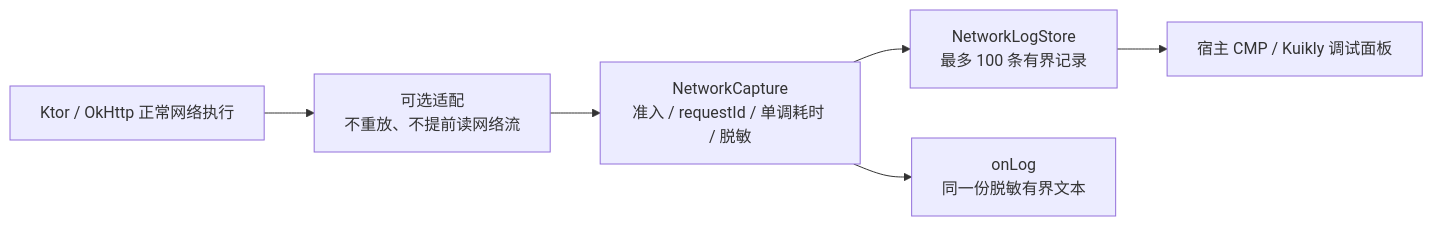
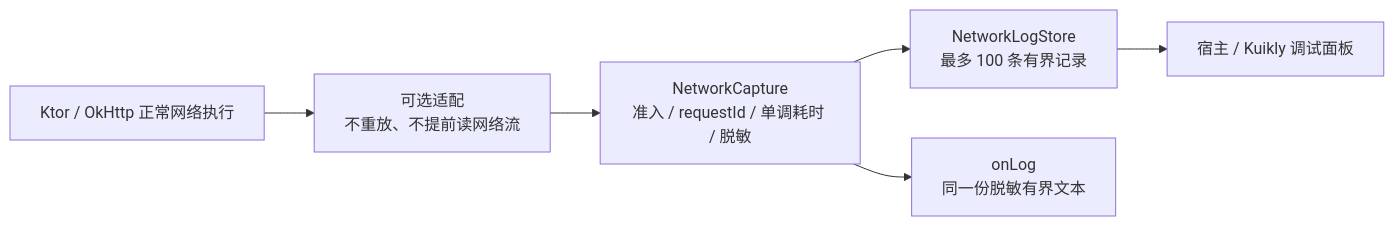
Before and after one commit to gycrosskit/diagnostics: the diagram in docs/网络诊断.md, drawn with Mermaid. The commit also changed other lines of this file and 3 other files, not shown here.

````diff
--- a/docs/网络诊断.md
+++ b/docs/网络诊断.md
@@ -10,8 +10,8 @@
 ```mermaid
 flowchart LR
     Client["Ktor / OkHttp 正常网络执行"] --> Adapter["可选适配<br/>不重放、不提前读网络流"]
     Adapter --> Capture["NetworkCapture<br/>准入 / requestId / 单调耗时 / 脱敏"]
     Capture --> Store["NetworkLogStore<br/>最多 100 条有界记录"]
     Capture --> Logger["onLog<br/>同一份脱敏有界文本"]
-    Store --> UI["宿主 CMP / Kuikly 调试面板"]
+    Store --> UI["宿主 / Kuikly 调试面板"]
 ```
````
